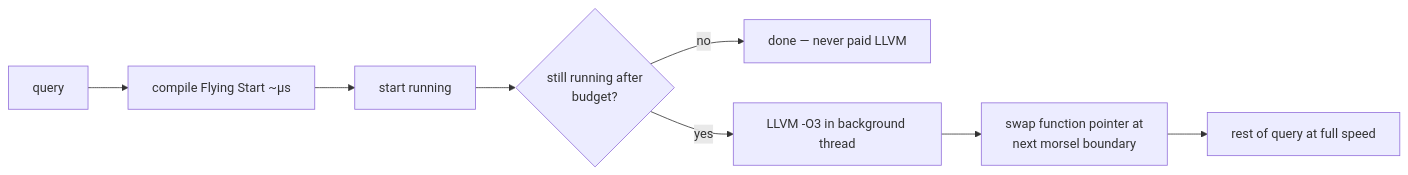
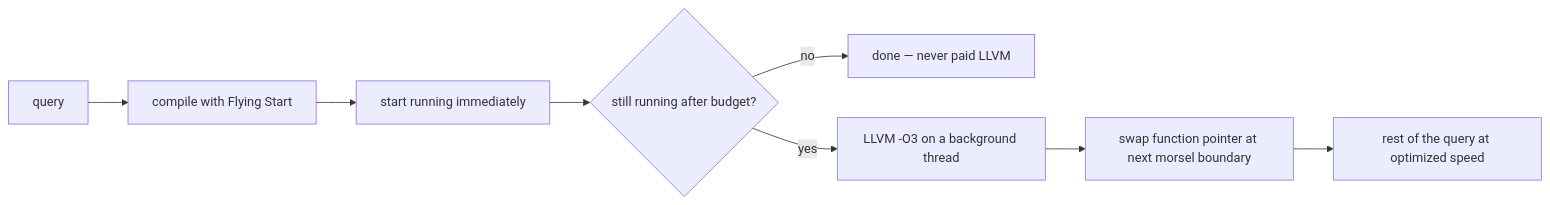
The diagram in topics/19-jit/reading-umbra-tidy-tuples.md (AviAvni/database-learning-path), drawn with Mermaid before and after one commit. The commit also changed other lines of this file and 6 other files, not shown here.

````diff
--- a/topics/19-jit/reading-umbra-tidy-tuples.md
+++ b/topics/19-jit/reading-umbra-tidy-tuples.md
@@ -100,10 +343,10 @@
 ```mermaid
 flowchart LR
-    Q[query] --> B[compile Flying Start ~µs]
-    B --> R[start running]
-    R --> H{still running after\nbudget? }
+    Q[query] --> B[compile with Flying Start]
+    B --> R[start running immediately]
+    R --> H{still running after budget?}
     H -->|no| DONE[done — never paid LLVM]
-    H -->|yes| L[LLVM -O3 in background thread]
-    L --> S[swap function pointer at\nnext morsel boundary]
-    S --> DONE2[rest of query at full speed]
+    H -->|yes| L[LLVM -O3 on a background thread]
+    L --> S[swap function pointer at next morsel boundary]
+    S --> DONE2[rest of the query at optimized speed]
 ```
````
